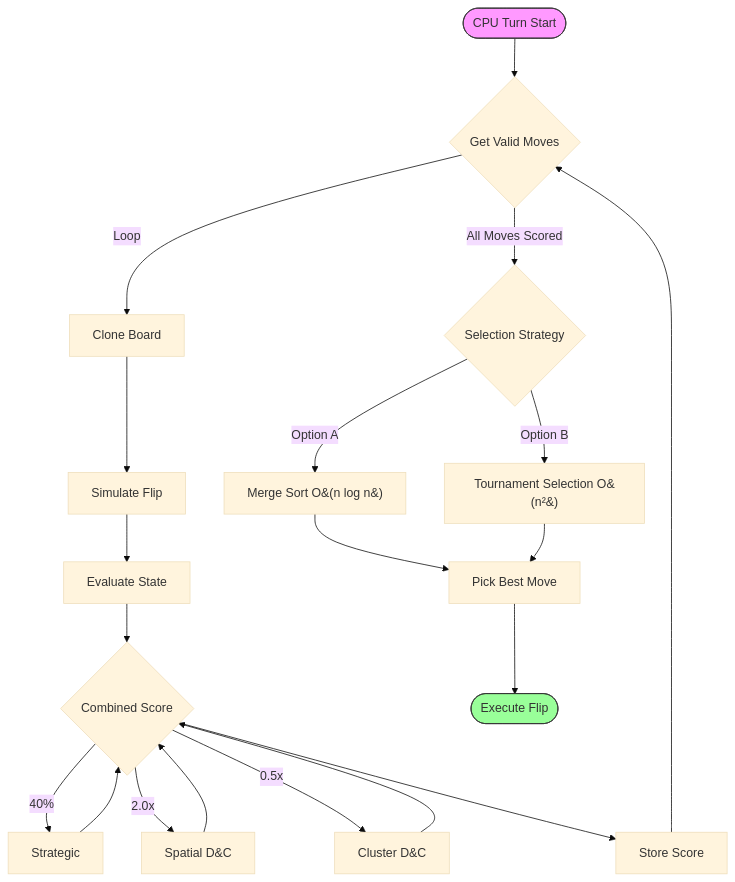
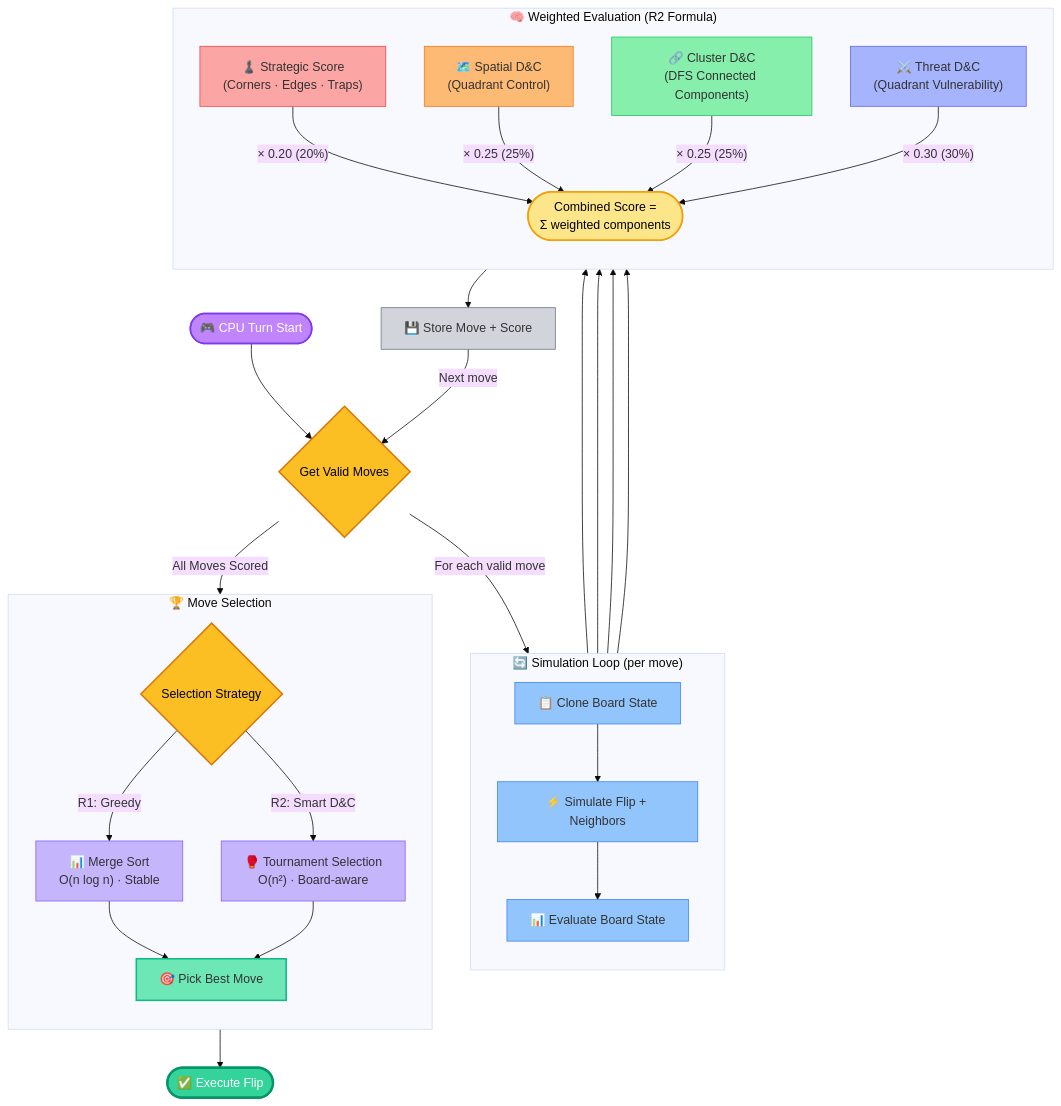
The second of 3 diagrams in game_analysis.md (Ganesh2006646/FLIP), drawn with Mermaid (base theme) before and after one commit.

Commit message:
modified game analysis architecture

````diff
--- a/game_analysis.md
+++ b/game_analysis.md
@@ -185,22 +185,59 @@
 ```mermaid
 graph TD
-    A([CPU Turn Start]) --> B{Get Valid Moves}
-    B -->|Loop| C[Clone Board]
-    C --> D[Simulate Flip]
-    D --> E[Evaluate State]
-    E --> F{Combined Score}
-    F -- 40% --> G[Strategic]
-    F -- 2.0x --> H[Spatial D&C]
-    F -- 0.5x --> I[Cluster D&C]
-    H & I & G --> F
-    F --> J[Store Score]
-    J --> B
-    B -->|All Moves Scored| K{Selection Strategy}
-    K -->|Option A| L[Merge Sort O&#40;n log n&#41;]
-    K -->|Option B| M[Tournament Selection O&#40;n²&#41;]
-    L --> N[Pick Best Move]
-    M --> N
-    N --> O([Execute Flip])
-    style A fill:#f9f,stroke:#333
-    style O fill:#9f9,stroke:#333
+    A([🎮 CPU Turn Start]) --> B{Get Valid Moves}
+
+    subgraph SIM ["🔄 Simulation Loop (per move)"]
+        direction TB
+        C[📋 Clone Board State] --> D[⚡ Simulate Flip + Neighbors]
+        D --> E[📊 Evaluate Board State]
+    end
+
+    B -->|"For each valid move"| C
+
+    subgraph EVAL ["🧠 Weighted Evaluation (R2 Formula)"]
+        direction TB
+        E --> G["♟️ Strategic Score\n(Corners · Edges · Traps)"]
+        E --> H["🗺️ Spatial D&C\n(Quadrant Control)"]
+        E --> I["🔗 Cluster D&C\n(DFS Connected Components)"]
+        E --> T["⚔️ Threat D&C\n(Quadrant Vulnerability)"]
+
+        G -- "× 0.20 (20%)" --> F
+        H -- "× 0.25 (25%)" --> F
+        I -- "× 0.25 (25%)" --> F
+        T -- "× 0.30 (30%)" --> F
+
+        F(["Combined Score =\nΣ weighted components"])
+    end
+
+    F --> J[💾 Store Move + Score]
+    J -->|"Next move"| B
+
+    B -->|"All Moves Scored"| K{Selection Strategy}
+
+    subgraph SELECT ["🏆 Move Selection"]
+        direction TB
+        K -->|"R1: Greedy"| L["📊 Merge Sort\nO(n log n) · Stable"]
+        K -->|"R2: Smart D&C"| M["🥊 Tournament Selection\nO(n²) · Board-aware"]
+        L --> N["🎯 Pick Best Move"]
+        M --> N
+    end
+
+    N --> O([✅ Execute Flip])
+
+    style A fill:#c084fc,stroke:#7c3aed,stroke-width:2px,color:#fff
+    style B fill:#fbbf24,stroke:#d97706,stroke-width:2px,color:#000
+    style C fill:#93c5fd,stroke:#3b82f6,stroke-width:1px
+    style D fill:#93c5fd,stroke:#3b82f6,stroke-width:1px
+    style E fill:#93c5fd,stroke:#3b82f6,stroke-width:1px
+    style G fill:#fca5a5,stroke:#ef4444,stroke-width:1px
+    style H fill:#fdba74,stroke:#f97316,stroke-width:1px
+    style I fill:#86efac,stroke:#22c55e,stroke-width:1px
+    style T fill:#a5b4fc,stroke:#6366f1,stroke-width:1px
+    style F fill:#fde68a,stroke:#f59e0b,stroke-width:2px,color:#000
+    style J fill:#d1d5db,stroke:#6b7280,stroke-width:1px
+    style K fill:#fbbf24,stroke:#d97706,stroke-width:2px,color:#000
+    style L fill:#c4b5fd,stroke:#8b5cf6,stroke-width:1px
+    style M fill:#c4b5fd,stroke:#8b5cf6,stroke-width:1px
+    style N fill:#6ee7b7,stroke:#10b981,stroke-width:2px
+    style O fill:#34d399,stroke:#059669,stroke-width:3px,color:#fff
 ```
````
